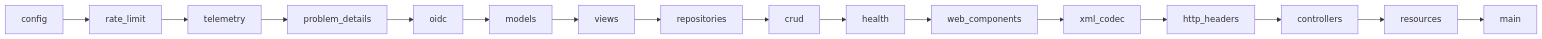
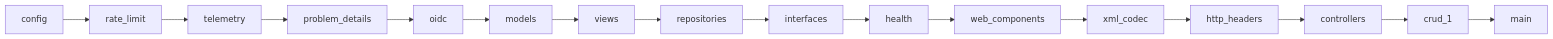
One commit to crazyracer98/template-python changed the first of 2 diagrams in src/app/README.md. Above: the diagram before and after it, drawn with Mermaid. The commit also changed other lines of this file and 55 other files, not shown here.

First line of the commit message:
refactor: rename app.crud/app.resources to app.interfaces/app.crud_1

````diff
--- a/src/app/README.md
+++ b/src/app/README.md
@@ -63,7 +64,7 @@
 ```mermaid
 graph LR
     config --> rate_limit --> telemetry --> problem_details --> oidc
-    oidc --> models --> views --> repositories --> crud --> health
+    oidc --> models --> views --> repositories --> interfaces --> health
     health --> web_components --> xml_codec --> http_headers
-    http_headers --> controllers --> resources --> main
+    http_headers --> controllers --> crud_1 --> main
 ```
````
